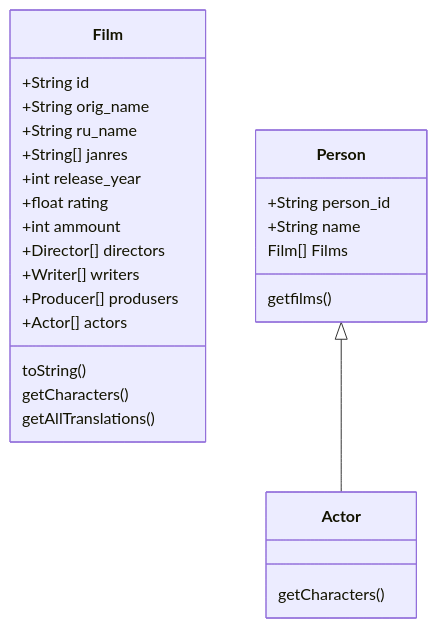
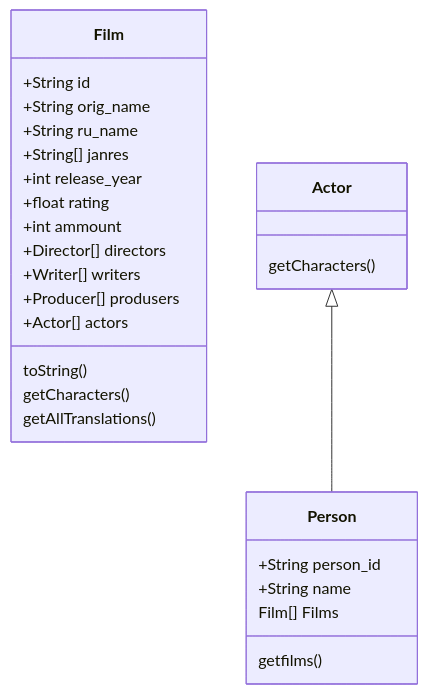
One commit to mmonastyrskiy/Programming_3_sem changed the diagram in Java_OOP/Monastyrskiy/Java_project/docs/structure.md. Above: the diagram before and after it, drawn with Mermaid.

Commit message:
classes schema

````diff
--- a/Java_OOP/Monastyrskiy/Java_project/docs/structure.md
+++ b/Java_OOP/Monastyrskiy/Java_project/docs/structure.md
@@ -14,34 +14,34 @@
 ```mermaid
 classDiagram
     class Film{
     	+String id
     	+String orig_name
     	+String ru_name
     	+String[] janres
     	+int release_year
     	+float rating
     	+int ammount
     	+Director[] directors
     	+Writer[] writers
     	+Producer[] produsers
     	+Actor[] actors
     	toString()
     	getCharacters()
     	getAllTranslations()
-    	
+
 
     }
     class Person{
     	+String person_id
     	+String name
     	Film[] Films
     	getfilms()
 
     }
     class Actor{
     	getCharacters()
 
     }
-    Person <|--  Actor 
+    Actor <|-- Person  
 
 ```
````
